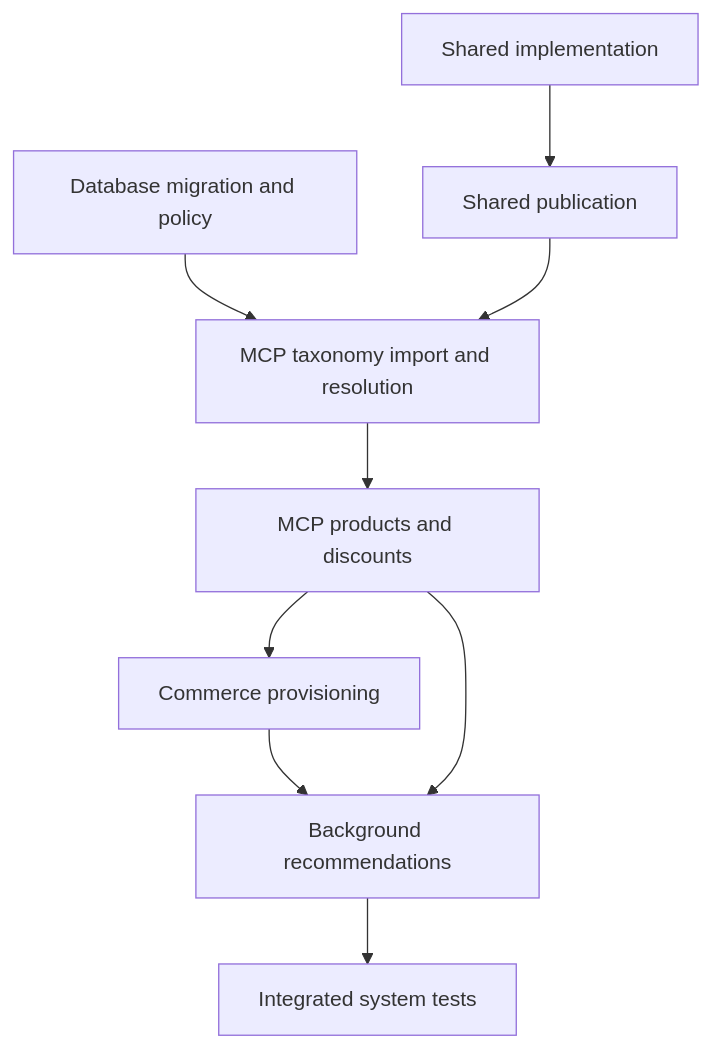
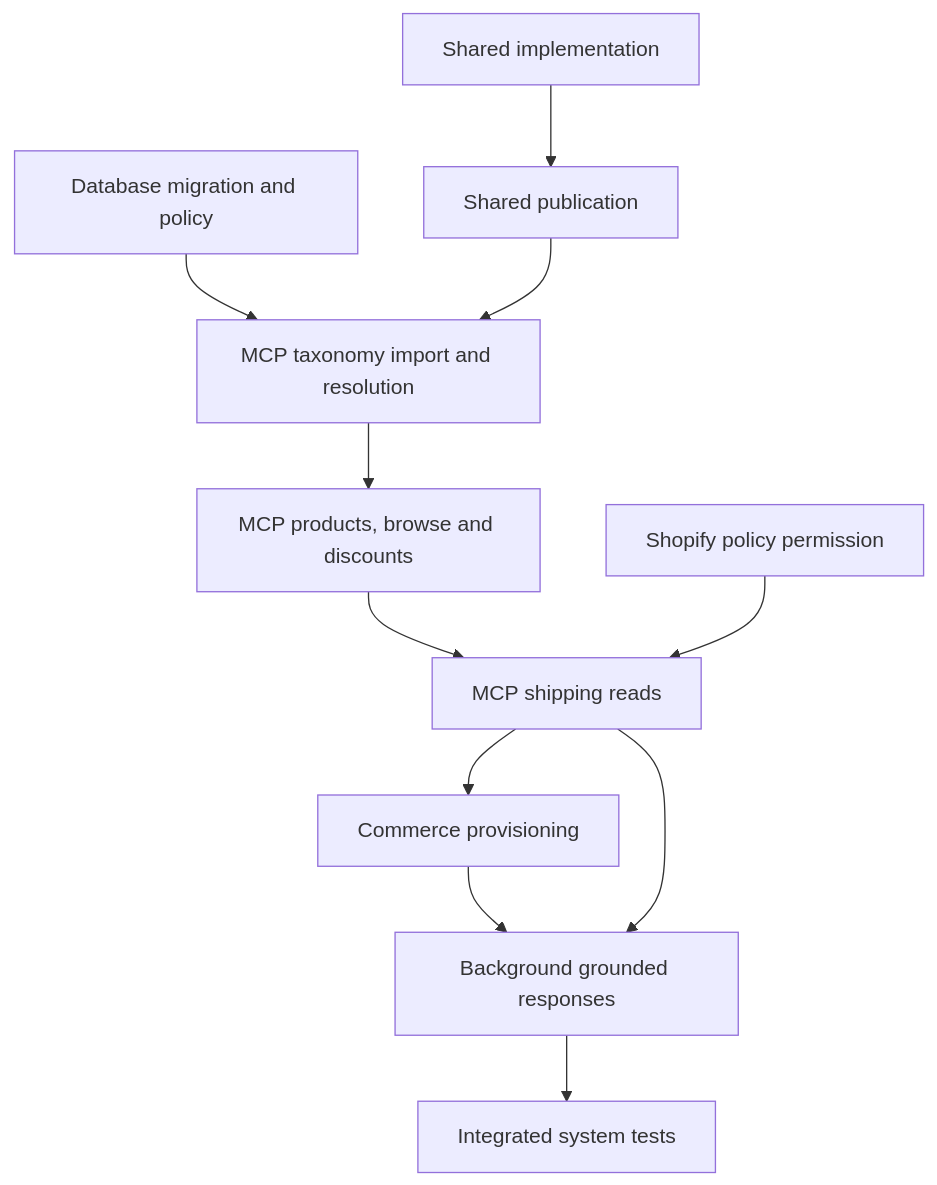
The diagram in docs/architecture/ARCH-058-commerce-agent-product-discovery.md (kodjobaah/moda-interact-workspace), drawn with Mermaid before and after one commit. The commit also changed other lines of this file and 11 other files, not shown here.

Commit message:
docs(ARCH-058): define grounded responses and shipping tasks

````diff
--- a/docs/architecture/ARCH-058-commerce-agent-product-discovery.md
+++ b/docs/architecture/ARCH-058-commerce-agent-product-discovery.md
@@ -43,11 +45,13 @@
 ```mermaid
 flowchart TD
   D["Database migration and policy"] --> M1["MCP taxonomy import and resolution"]
   S1["Shared implementation"] --> S2["Shared publication"]
   S2 --> M1
-  M1 --> M2["MCP products and discounts"]
-  M2 --> C["Commerce provisioning"]
-  C --> B["Background recommendations"]
-  M2 --> B
+  M1 --> M2["MCP products, browse and discounts"]
+  M2 --> M3["MCP shipping reads"]
+  P["Shopify policy permission"] --> M3
+  M3 --> C["Commerce provisioning"]
+  C --> B["Background grounded responses"]
+  M3 --> B
   B --> T["Integrated system tests"]
 ```
````
